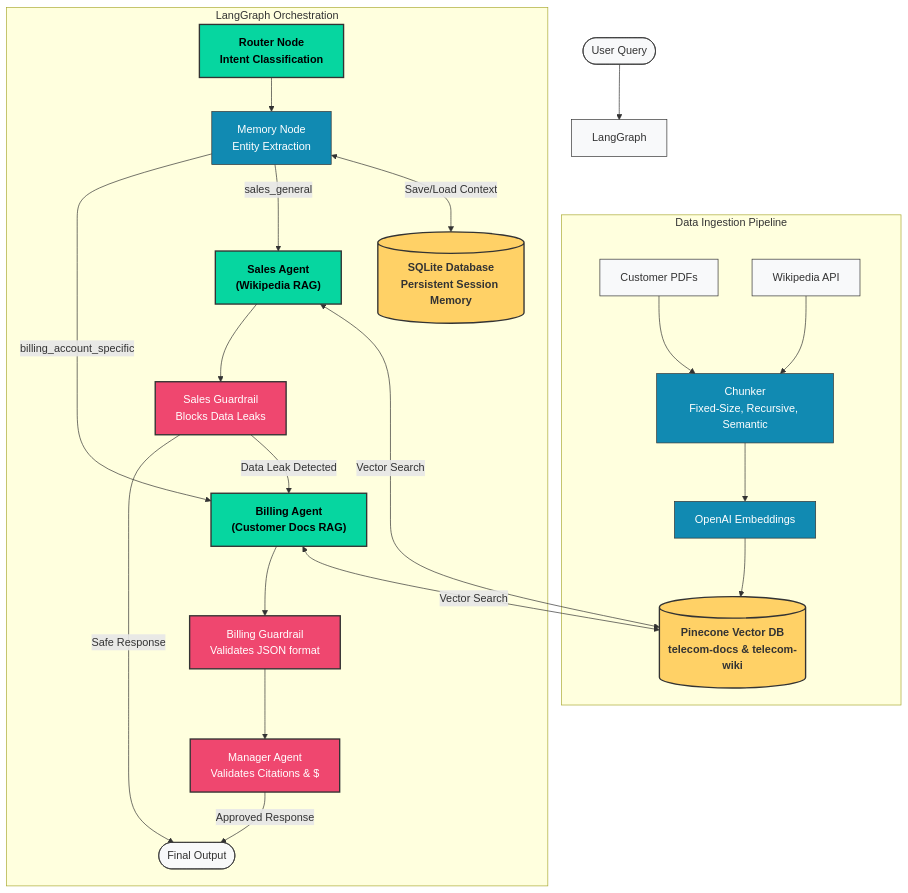
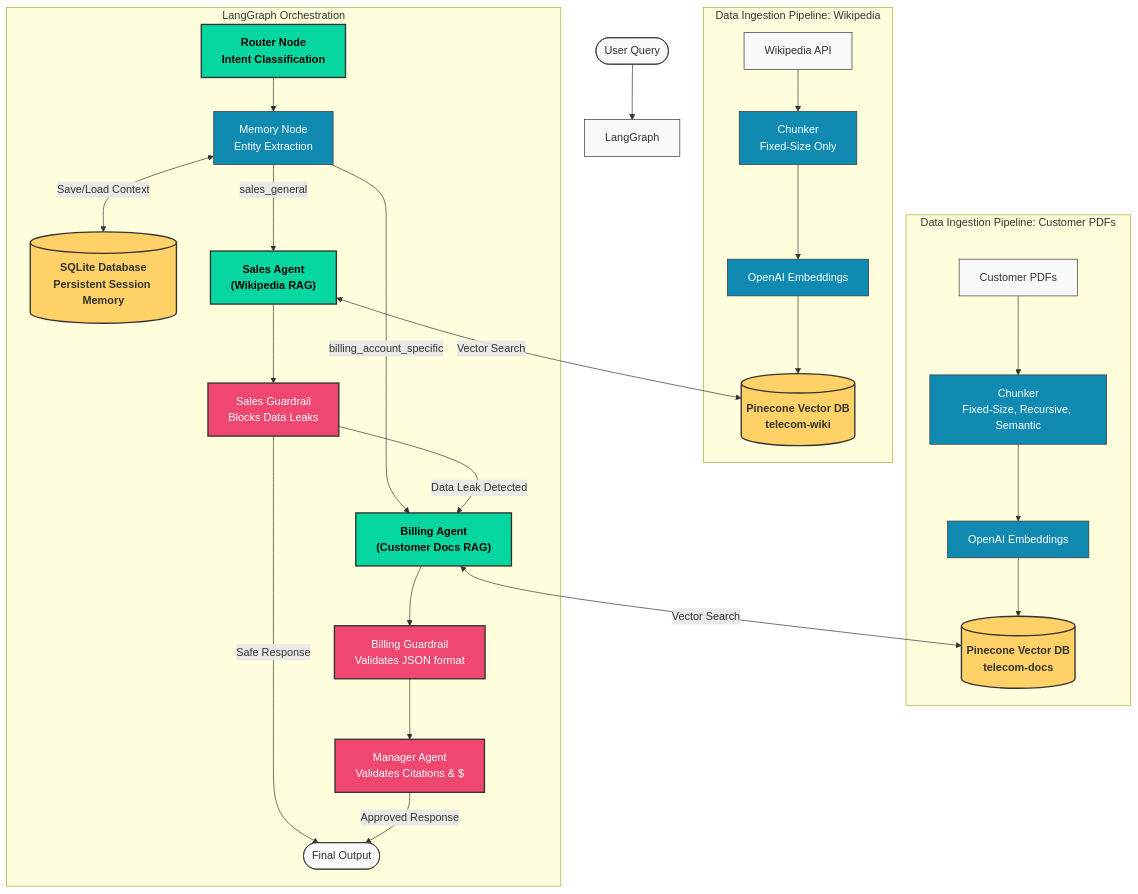
One commit to satbecse/telecom-billing-agentic-ai changed the second of 2 diagrams in README.md. Above: the diagram before and after it, drawn with Mermaid.

Commit message:
docs: Split ingestion pipeline diagram for clarity

````diff
--- a/README.md
+++ b/README.md
@@ -46,52 +46,58 @@
 ```mermaid
 graph TD
     %% Professional Soft Color Palette
     classDef database fill:#FFD166,stroke:#333,stroke-width:2px,shape:cylinder,font-weight:bold
     classDef pipeline fill:#118AB2,stroke:#333,stroke-width:1px,color:#fff
     classDef agent fill:#06D6A0,stroke:#333,stroke-width:2px,color:#000,font-weight:bold
     classDef guardrail fill:#EF476F,stroke:#333,stroke-width:2px,color:#fff
     classDef default fill:#F8F9FA,stroke:#333,stroke-width:1px
 
-    %% Ingestion Pipeline
-    subgraph Data Ingestion Pipeline
-        PDF[Customer PDFs] --> Chunker["Chunker<br/>Fixed-Size, Recursive, Semantic"]:::pipeline
-        Wiki[Wikipedia API] --> Chunker
-        Chunker --> Embeddings[OpenAI Embeddings]:::pipeline
-        Embeddings --> Pinecone[("Pinecone Vector DB<br/>telecom-docs & telecom-wiki")]:::database
+    %% Ingestion Pipeline (Telecom Docs)
+    subgraph Data Ingestion Pipeline: Customer PDFs
+        PDF[Customer PDFs] --> ChunkerDocs["Chunker<br/>Fixed-Size, Recursive, Semantic"]:::pipeline
+        ChunkerDocs --> EmbedDocs[OpenAI Embeddings]:::pipeline
+        EmbedDocs --> PineconeDocs[("Pinecone Vector DB<br/>telecom-docs")]:::database
+    end
+
+    %% Ingestion Pipeline (Wikipedia)
+    subgraph Data Ingestion Pipeline: Wikipedia
+        Wiki[Wikipedia API] --> ChunkerWiki["Chunker<br/>Fixed-Size Only"]:::pipeline
+        ChunkerWiki --> EmbedWiki[OpenAI Embeddings]:::pipeline
+        EmbedWiki --> PineconeWiki[("Pinecone Vector DB<br/>telecom-wiki")]:::database
     end
 
     %% Session Memory
     SessionStore[("SQLite Database<br/>Persistent Session Memory")]:::database
 
     %% Interaction Flow
     User([User Query]) --> LangGraph
     
     subgraph LangGraph Orchestration
         Router[Router Node<br/>Intent Classification]:::agent
         MemoryNode[Memory Node<br/>Entity Extraction]:::pipeline
         
         Router --> MemoryNode
         MemoryNode <--> |Save/Load Context| SessionStore
         
         MemoryNode -- "sales_general" --> SalesAgent
         MemoryNode -- "billing_account_specific" --> BillingAgent
         
         SalesAgent["Sales Agent<br/>(Wikipedia RAG)"]:::agent
         BillingAgent["Billing Agent<br/>(Customer Docs RAG)"]:::agent
         
-        SalesAgent <--> |Vector Search| Pinecone
-        BillingAgent <--> |Vector Search| Pinecone
+        SalesAgent <--> |Vector Search| PineconeWiki
+        BillingAgent <--> |Vector Search| PineconeDocs
         
         SalesAgent --> SalesGuard["Sales Guardrail<br/>Blocks Data Leaks"]:::guardrail
         BillingAgent --> BillingGuard["Billing Guardrail<br/>Validates JSON format"]:::guardrail
         
         SalesGuard --> |Data Leak Detected| BillingAgent
         SalesGuard --> |Safe Response| Output
         
         BillingGuard --> ManagerAgent
         
         ManagerAgent["Manager Agent<br/>Validates Citations & $"]:::guardrail
     end
     
     ManagerAgent --> |Approved Response| Output([Final Output])
 ```
````
